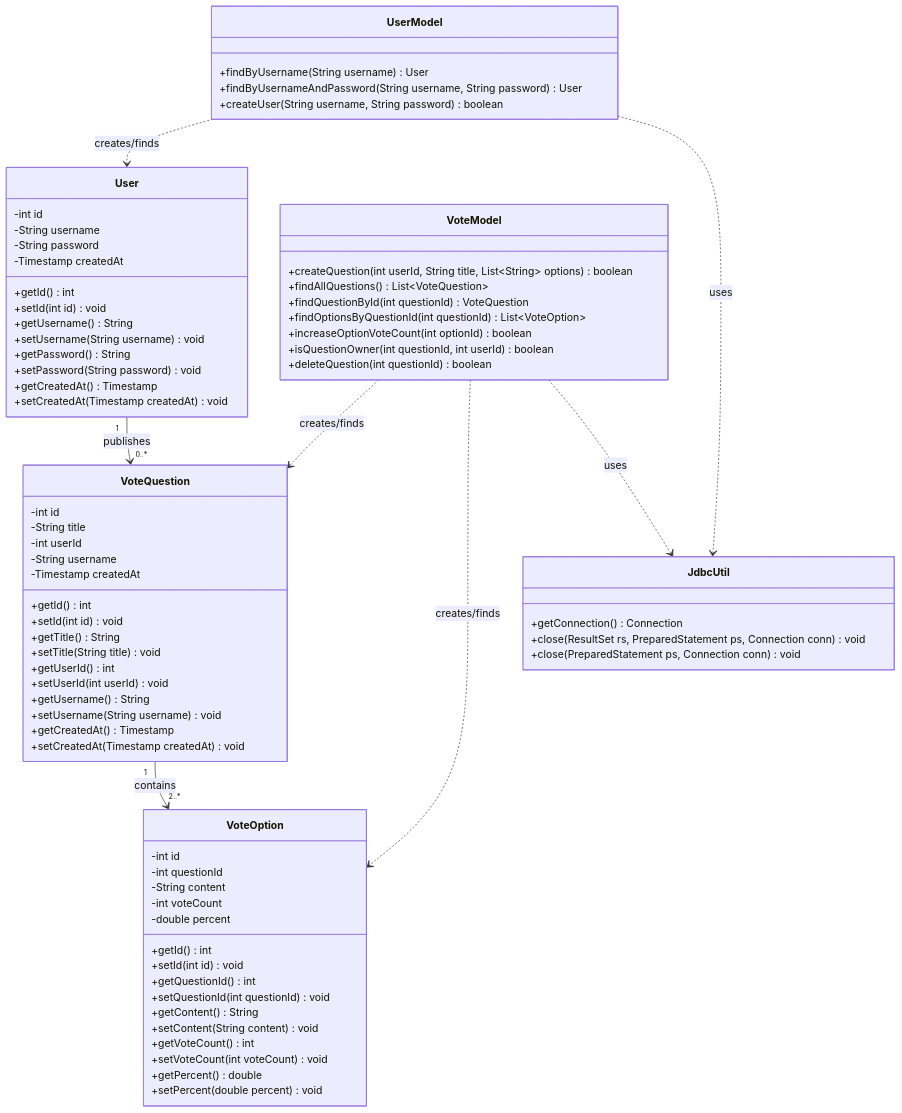
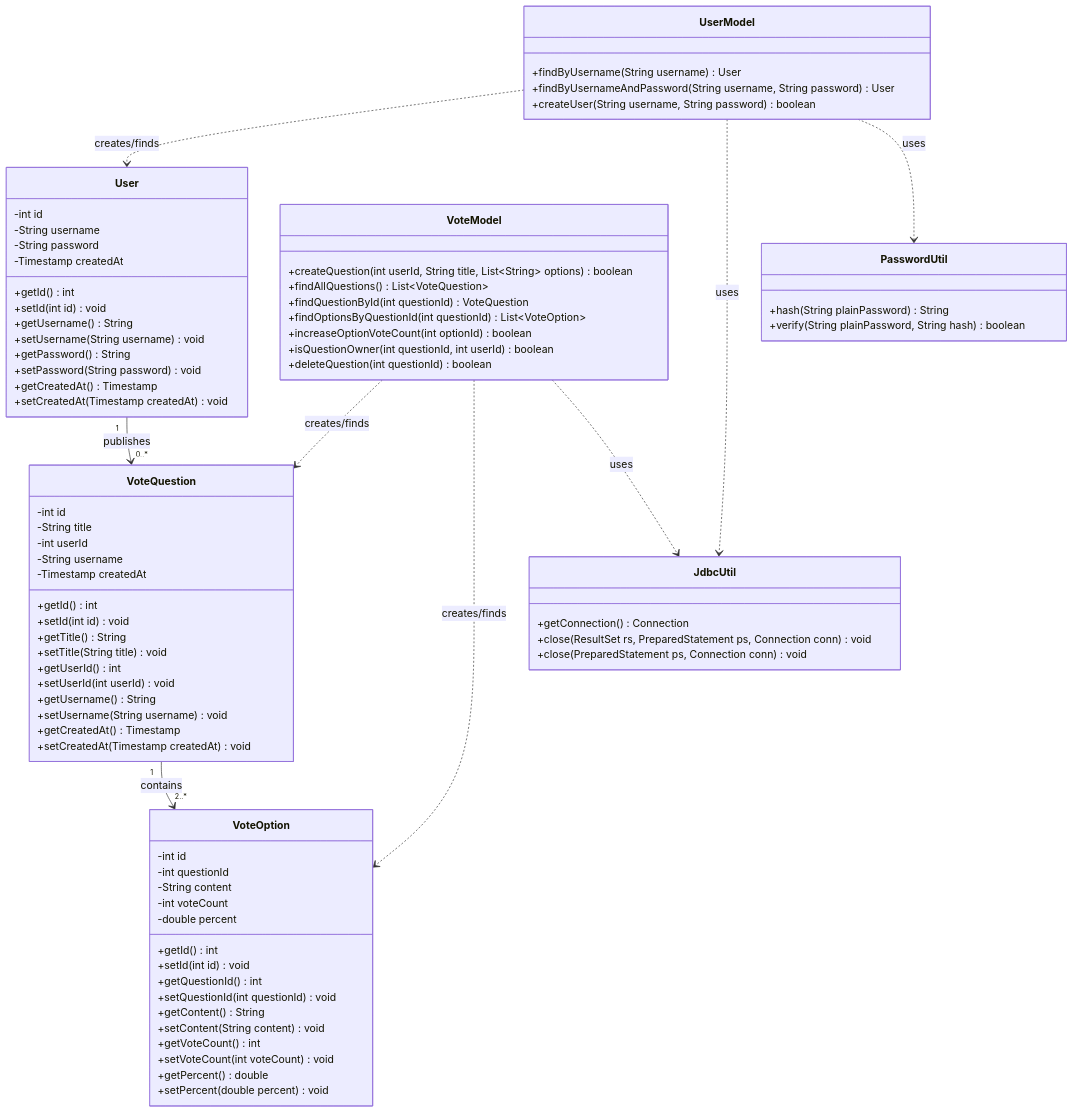
The third of 15 diagrams in docs/design-diagrams.md (zeseren/javaCourseProj), drawn with Mermaid before and after one commit. The commit also changed other lines of this file and 11 other files, not shown here.

```diff
--- a/docs/design-diagrams.md
+++ b/docs/design-diagrams.md
@@ -157,10 +157,16 @@
         +close(PreparedStatement ps, Connection conn) void
     }
 
+    class PasswordUtil {
+        +hash(String plainPassword) String
+        +verify(String plainPassword, String hash) boolean
+    }
+
     User "1" --> "0..*" VoteQuestion : publishes
     VoteQuestion "1" --> "2..*" VoteOption : contains
     UserModel ..> User : creates/finds
     UserModel ..> JdbcUtil : uses
+    UserModel ..> PasswordUtil : uses
     VoteModel ..> VoteQuestion : creates/finds
     VoteModel ..> VoteOption : creates/finds
     VoteModel ..> JdbcUtil : uses
```
